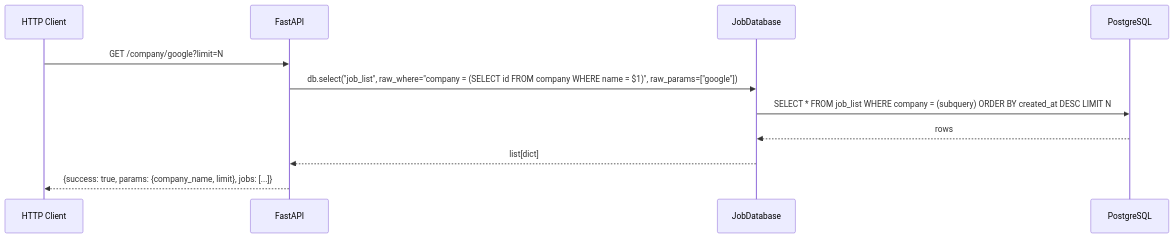
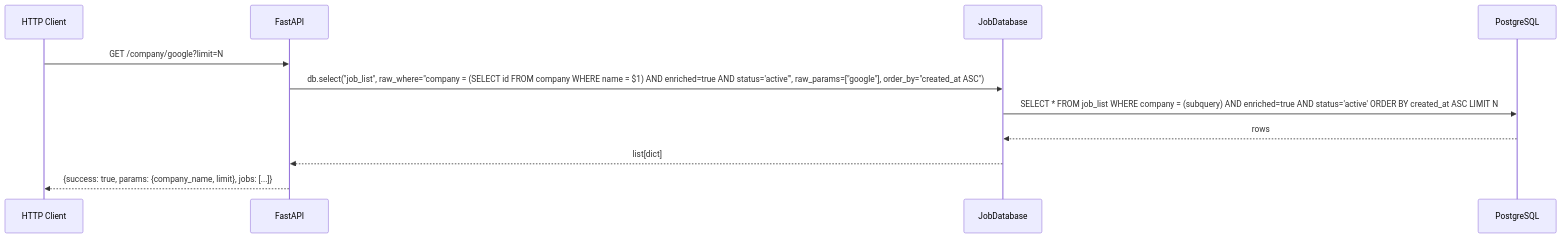
The third of 6 diagrams in docs/diagrams/main_api_seq.md (AustinDwomoh/libra), drawn with Mermaid before and after one commit. The commit also changed other lines of this file and 26 other files, not shown here.

````diff
--- a/docs/diagrams/main_api_seq.md
+++ b/docs/diagrams/main_api_seq.md
@@ -38,15 +39,15 @@
 ```mermaid
 %% sequenceDiagram — GET /company/{company_name} (jobs by company)
 sequenceDiagram
     participant Client as HTTP Client
     participant App as FastAPI
     participant DB as JobDatabase
     participant PG as PostgreSQL
 
     Client->>App: GET /company/google?limit=N
-    App->>DB: db.select("job_list", raw_where="company = (SELECT id FROM company WHERE name = $1)", raw_params=["google"])
-    DB->>PG: SELECT * FROM job_list WHERE company = (subquery) ORDER BY created_at DESC LIMIT N
+    App->>DB: db.select("job_list", raw_where="company = (SELECT id FROM company WHERE name = $1) AND enriched=true AND status='active'", raw_params=["google"], order_by="created_at ASC")
+    DB->>PG: SELECT * FROM job_list WHERE company = (subquery) AND enriched=true AND status='active' ORDER BY created_at ASC LIMIT N
     PG-->>DB: rows
     DB-->>App: list[dict]
     App-->>Client: {success: true, params: {company_name, limit}, jobs: [...]}
 ```
````
